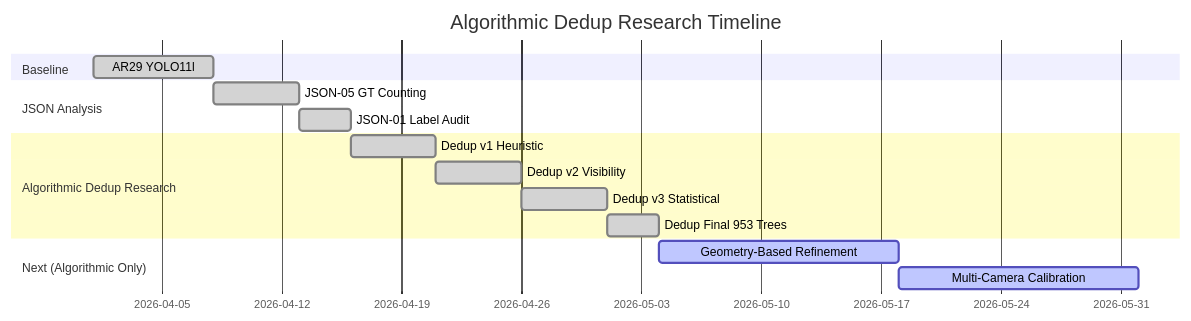
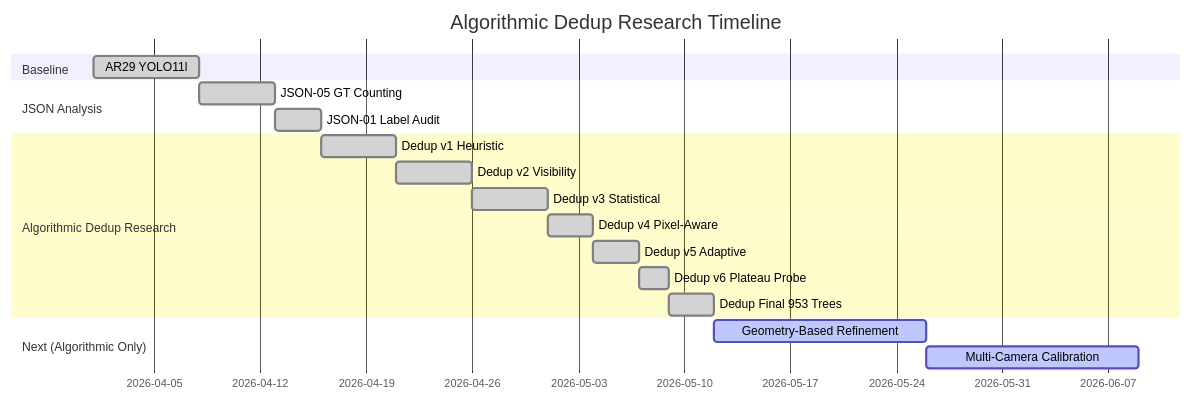
One commit to muhammad-zainal-muttaqin/research-method-dedup changed the diagram in README.md. Above: the diagram before and after it, drawn with Mermaid. The commit also changed other lines of this file and 36 other files, not shown here.

````diff
--- a/README.md
+++ b/README.md
@@ -36,18 +36,21 @@
 ```mermaid
 gantt
     title Algorithmic Dedup Research Timeline
     dateFormat YYYY-MM-DD
     section Baseline
     AR29 YOLO11l          :done, a1, 2026-04-01, 7d
     section JSON Analysis
     JSON-05 GT Counting   :done, a2, after a1, 5d
     JSON-01 Label Audit   :done, a3, after a2, 3d
     section Algorithmic Dedup Research
     Dedup v1 Heuristic    :done, a4, after a3, 5d
     Dedup v2 Visibility   :done, a5, after a4, 5d
     Dedup v3 Statistical  :done, a6, after a5, 5d
-    Dedup Final 953 Trees :done, a7, after a6, 3d
+    Dedup v4 Pixel-Aware  :done, a7, after a6, 3d
+    Dedup v5 Adaptive     :done, a8, after a7, 3d
+    Dedup v6 Plateau Probe:done, a9, after a8, 2d
+    Dedup Final 953 Trees :done, a10, after a9, 3d
     section Next (Algorithmic Only)
-    Geometry-Based Refinement :active, a8, after a7, 14d
-    Multi-Camera Calibration  :active, a9, after a8, 14d
+    Geometry-Based Refinement :active, a11, after a10, 14d
+    Multi-Camera Calibration  :active, a12, after a11, 14d
 ```
````
